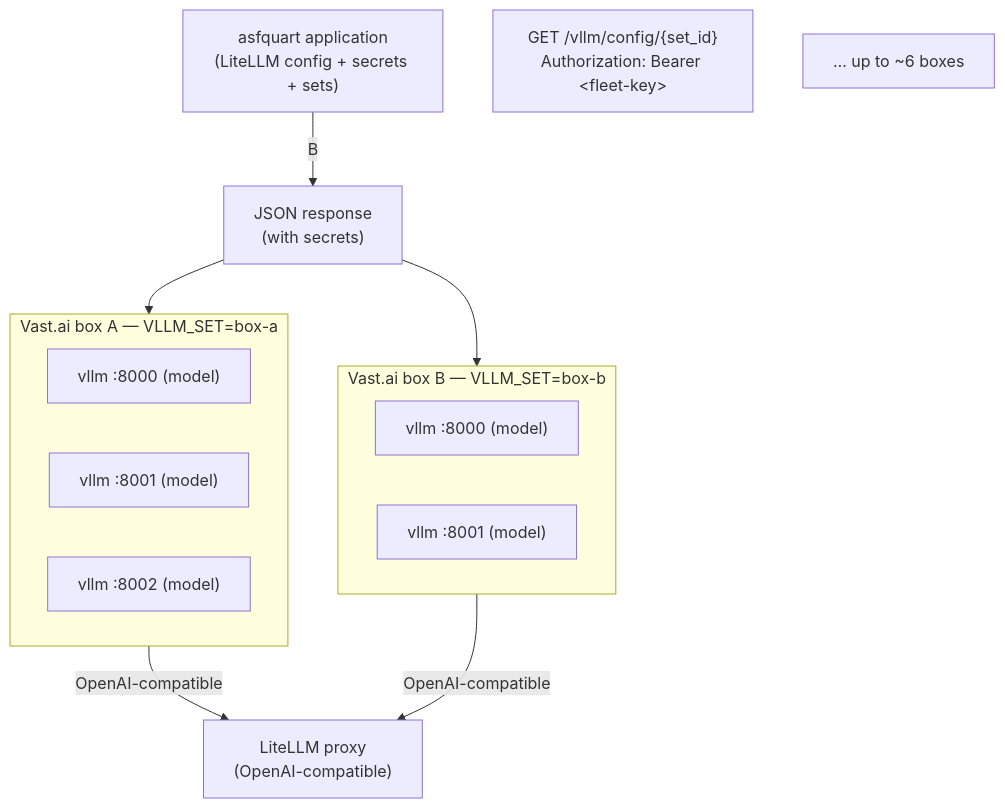
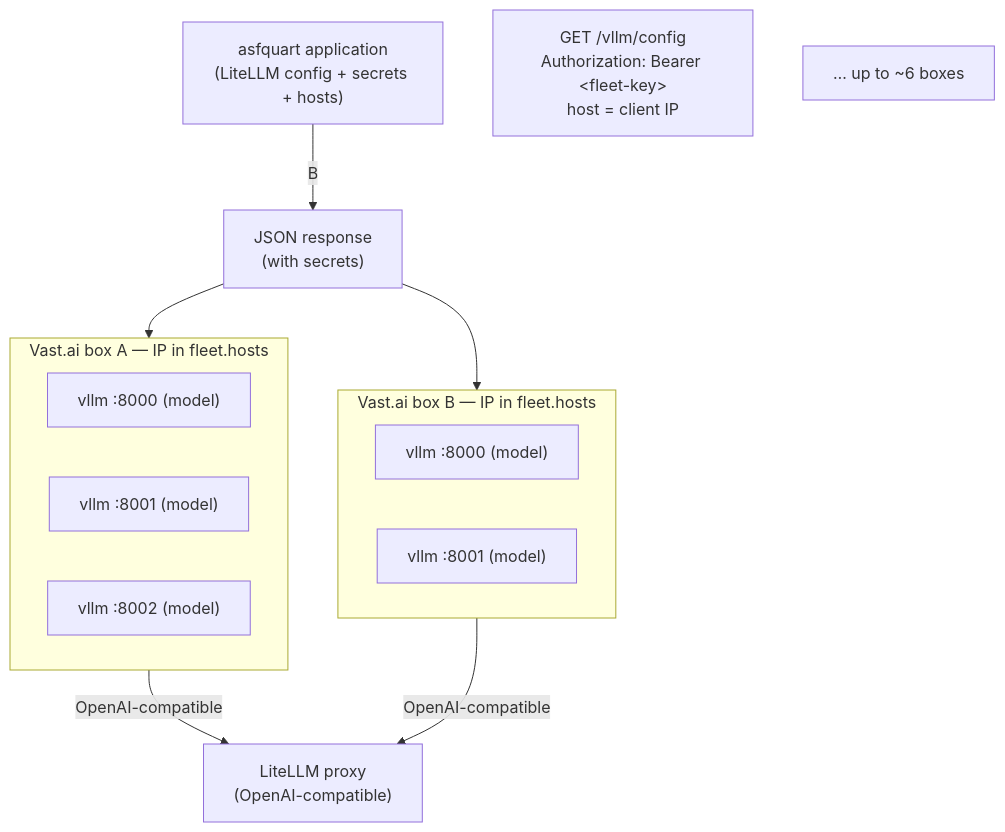
The diagram in docs/vllm-fleet-design.md (apache/tooling-llmao), drawn with Mermaid before and after one commit. The commit also changed other lines of this file and 16 other files, not shown here.

First line of the commit message:
Key GPU boxes by public IP instead of a VLLM_SET env var.

````diff
--- a/docs/vllm-fleet-design.md
+++ b/docs/vllm-fleet-design.md
@@ -27,27 +27,27 @@
 ```mermaid
 flowchart TB
-    A["asfquart application<br/>(LiteLLM config + secrets + sets)"]
-    B["GET /vllm/config/{set_id}<br/>Authorization: Bearer &lt;fleet-key&gt;"]
+    A["asfquart application<br/>(LiteLLM config + secrets + hosts)"]
+    B["GET /vllm/config<br/>Authorization: Bearer &lt;fleet-key&gt;<br/>host = client IP"]
     C["JSON response<br/>(with secrets)"]
 
-    subgraph BoxA["Vast.ai box A — VLLM_SET=box-a"]
+    subgraph BoxA["Vast.ai box A — IP in fleet.hosts"]
         A1["vllm :8000 (model)"]
         A2["vllm :8001 (model)"]
         A3["vllm :8002 (model)"]
     end
 
-    subgraph BoxB["Vast.ai box B — VLLM_SET=box-b"]
+    subgraph BoxB["Vast.ai box B — IP in fleet.hosts"]
         B1["vllm :8000 (model)"]
         B2["vllm :8001 (model)"]
     end
 
     Dots["… up to ~6 boxes"]
 
     L["LiteLLM proxy<br/>(OpenAI-compatible)"]
 
     A -- B --> C
     C --> BoxA
     C --> BoxB
     BoxA -- OpenAI-compatible --> L
     BoxB -- OpenAI-compatible --> L
 ```
````
